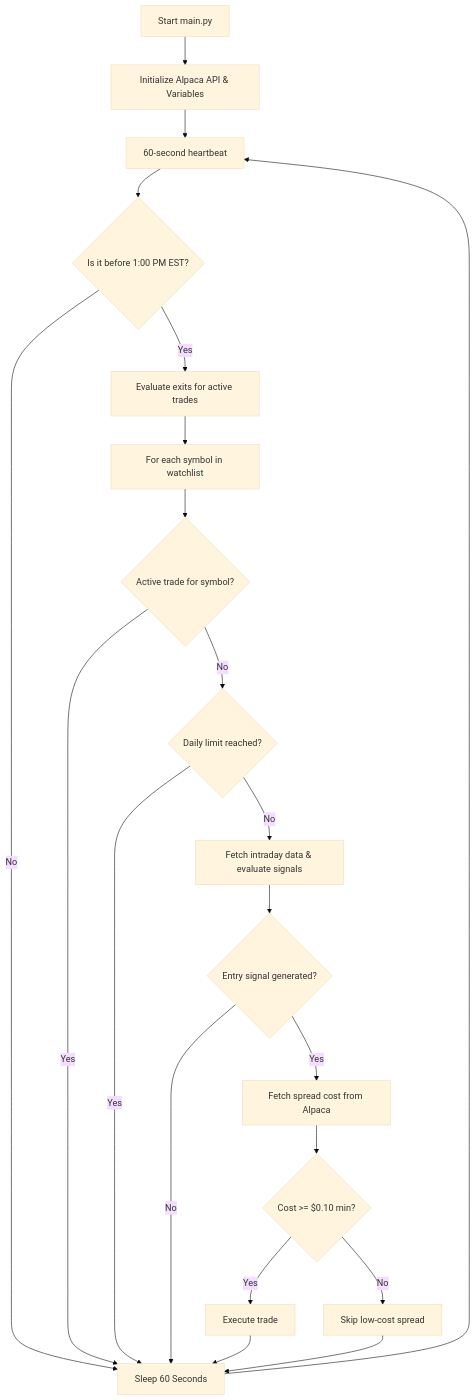
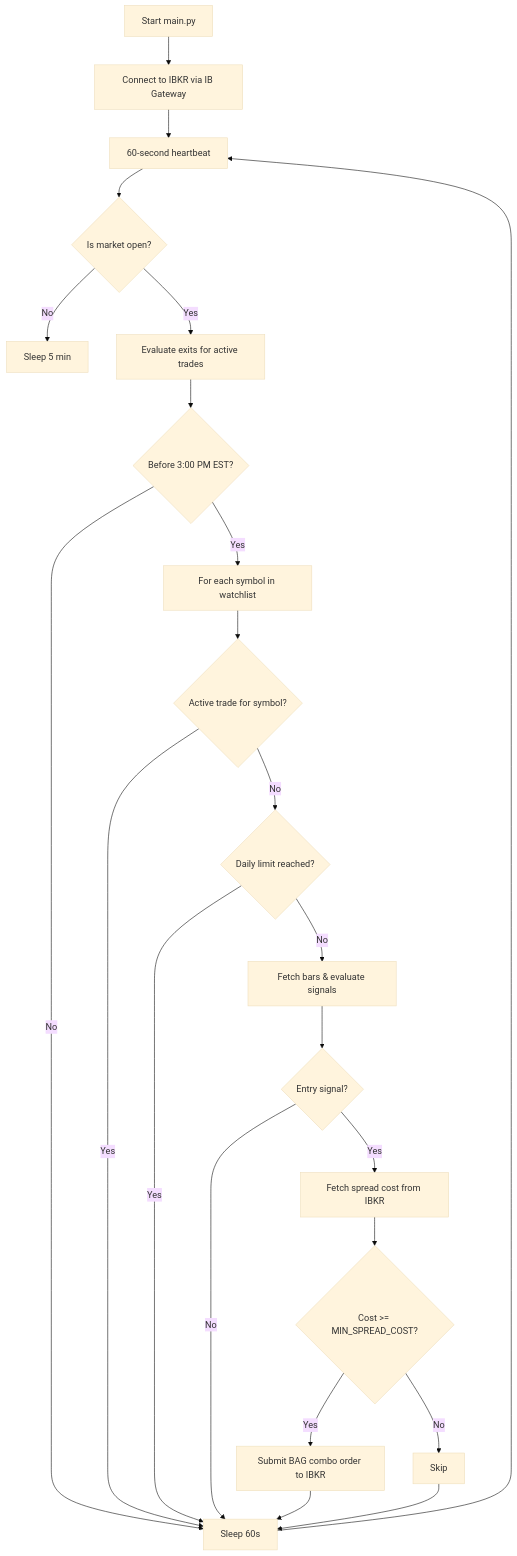
One commit to rakeshnemani/0dte changed the first of 3 diagrams in docs/HOW_IT_WORKS.md. Above: the diagram before and after it, drawn with Mermaid (base theme). The commit also changed other lines of this file and 5 other files, not shown here.

````diff
--- a/docs/HOW_IT_WORKS.md
+++ b/docs/HOW_IT_WORKS.md
@@ -19,23 +20,25 @@
 ```mermaid
 graph TD
-    Start[Start main.py] --> Init[Initialize Alpaca API & Variables]
+    Start[Start main.py] --> Init[Connect to IBKR via IB Gateway]
     Init --> Loop[60-second heartbeat]
-    Loop --> TimeCheck{Is it before 1:00 PM EST?}
-    TimeCheck -- No --> Sleep[Sleep 60 Seconds]
-    TimeCheck -- Yes --> ExitCheck[Evaluate exits for active trades]
-    ExitCheck --> ForEach[For each symbol in watchlist]
+    Loop --> MarketCheck{Is market open?}
+    MarketCheck -- No --> Sleep[Sleep 5 min]
+    MarketCheck -- Yes --> ExitCheck[Evaluate exits for active trades]
+    ExitCheck --> TimeCheck{Before 3:00 PM EST?}
+    TimeCheck -- No --> Sleep2[Sleep 60s]
+    TimeCheck -- Yes --> ForEach[For each symbol in watchlist]
     ForEach --> HasTrade{Active trade for symbol?}
-    HasTrade -- Yes --> Sleep
+    HasTrade -- Yes --> Sleep2
     HasTrade -- No --> DailyCheck{Daily limit reached?}
-    DailyCheck -- Yes --> Sleep
-    DailyCheck -- No --> Scan[Fetch intraday data & evaluate signals]
-    Scan --> SignalFound{Entry signal generated?}
-    SignalFound -- No --> Sleep
-    SignalFound -- Yes --> FetchSpread[Fetch spread cost from Alpaca]
-    FetchSpread --> CostCheck{Cost >= $0.10 min?}
-    CostCheck -- No --> SkipLow[Skip low-cost spread]
-    CostCheck -- Yes --> Execute[Execute trade]
-    Execute --> Sleep
-    SkipLow --> Sleep
-    Sleep --> Loop
+    DailyCheck -- Yes --> Sleep2
+    DailyCheck -- No --> Scan[Fetch bars & evaluate signals]
+    Scan --> SignalFound{Entry signal?}
+    SignalFound -- No --> Sleep2
+    SignalFound -- Yes --> FetchSpread[Fetch spread cost from IBKR]
+    FetchSpread --> CostCheck{Cost >= MIN_SPREAD_COST?}
+    CostCheck -- No --> Skip[Skip]
+    CostCheck -- Yes --> Execute[Submit BAG combo order to IBKR]
+    Execute --> Sleep2
+    Skip --> Sleep2
+    Sleep2 --> Loop
 ```
````
